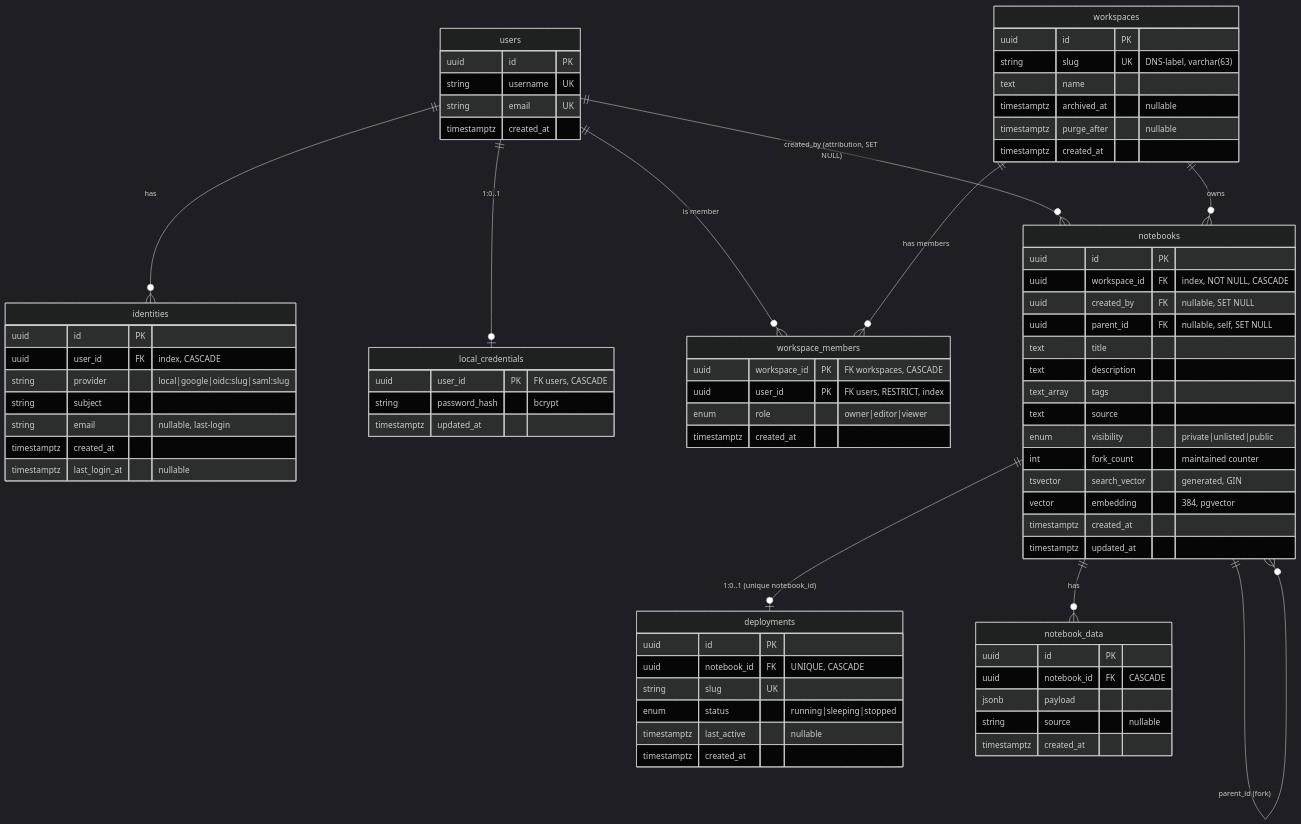
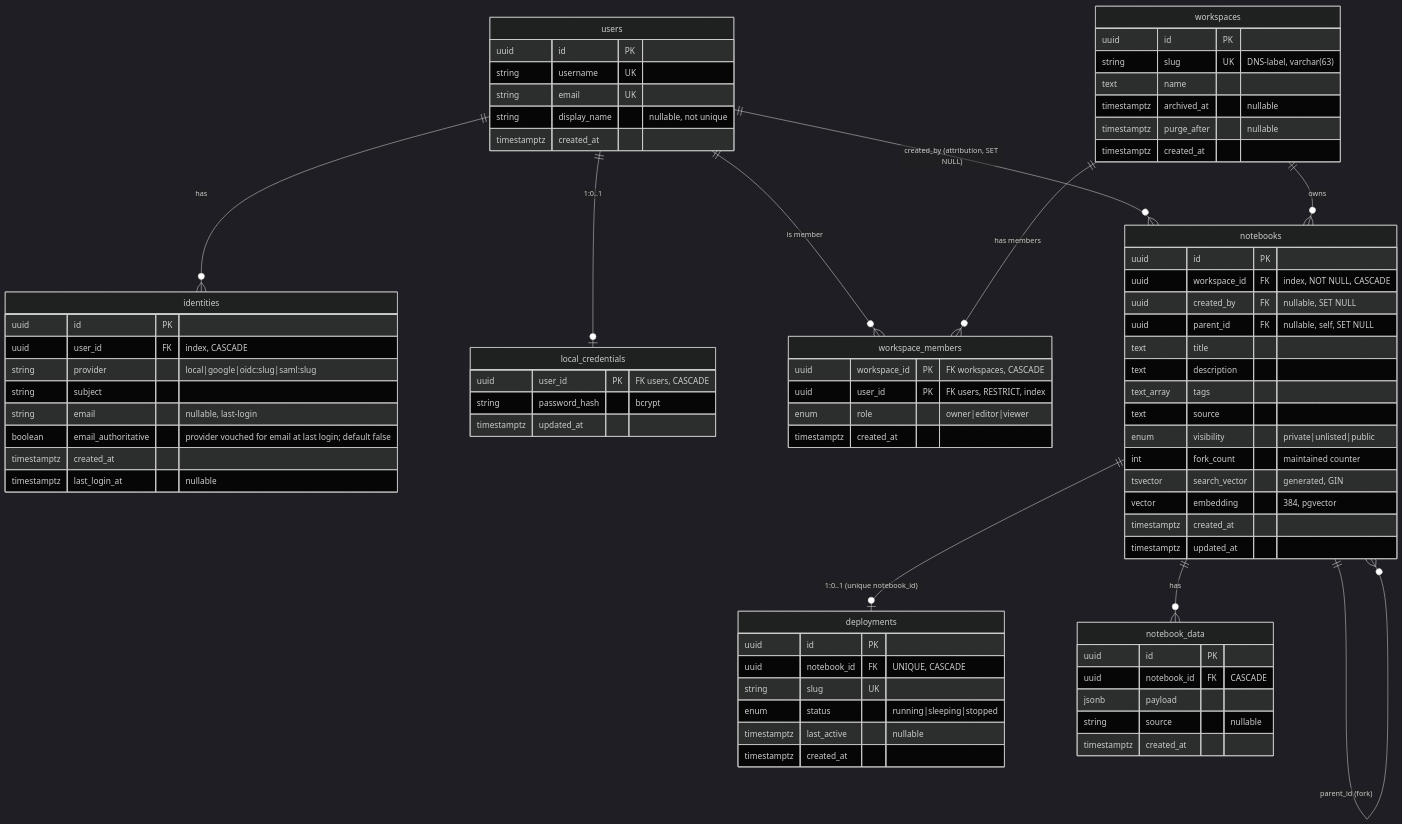
One commit to karthedew/marimohub changed the fifth of 15 diagrams in DESIGN.md. Above: the diagram before and after it, drawn with Mermaid (dark theme). The commit also changed other lines of this file and 151 other files, not shown here.

````diff
--- a/DESIGN.md
+++ b/DESIGN.md
@@ -246,78 +246,80 @@
 ```mermaid
 erDiagram
     users ||--o{ identities : has
     users ||--o| local_credentials : "1:0..1"
     users ||--o{ workspace_members : "is member"
     users ||--o{ notebooks : "created_by (attribution, SET NULL)"
     workspaces ||--o{ workspace_members : "has members"
     workspaces ||--o{ notebooks : owns
     notebooks ||--o{ notebooks : "parent_id (fork)"
     notebooks ||--o| deployments : "1:0..1 (unique notebook_id)"
     notebooks ||--o{ notebook_data : has
 
     users {
         uuid id PK
         string username UK
         string email UK
+        string display_name "nullable, not unique"
         timestamptz created_at
     }
     identities {
         uuid id PK
         uuid user_id FK "index, CASCADE"
         string provider "local|google|oidc:slug|saml:slug"
         string subject
         string email "nullable, last-login"
+        boolean email_authoritative "provider vouched for email at last login; default false"
         timestamptz created_at
         timestamptz last_login_at "nullable"
     }
     local_credentials {
         uuid user_id PK "FK users, CASCADE"
         string password_hash "bcrypt"
         timestamptz updated_at
     }
     workspaces {
         uuid id PK
         string slug UK "DNS-label, varchar(63)"
         text name
         timestamptz archived_at "nullable"
         timestamptz purge_after "nullable"
         timestamptz created_at
     }
     workspace_members {
         uuid workspace_id PK "FK workspaces, CASCADE"
         uuid user_id PK "FK users, RESTRICT, index"
         enum role "owner|editor|viewer"
         timestamptz created_at
     }
     notebooks {
         uuid id PK
         uuid workspace_id FK "index, NOT NULL, CASCADE"
         uuid created_by FK "nullable, SET NULL"
         uuid parent_id FK "nullable, self, SET NULL"
         text title
         text description
         text_array tags
         text source
         enum visibility "private|unlisted|public"
         int fork_count "maintained counter"
         tsvector search_vector "generated, GIN"
         vector embedding "384, pgvector"
         timestamptz created_at
         timestamptz updated_at
     }
     deployments {
         uuid id PK
         uuid notebook_id FK "UNIQUE, CASCADE"
         string slug UK
         enum status "running|sleeping|stopped"
         timestamptz last_active "nullable"
         timestamptz created_at
     }
     notebook_data {
         uuid id PK
         uuid notebook_id FK "CASCADE"
         jsonb payload
         string source "nullable"
         timestamptz created_at
     }
 ```
````
